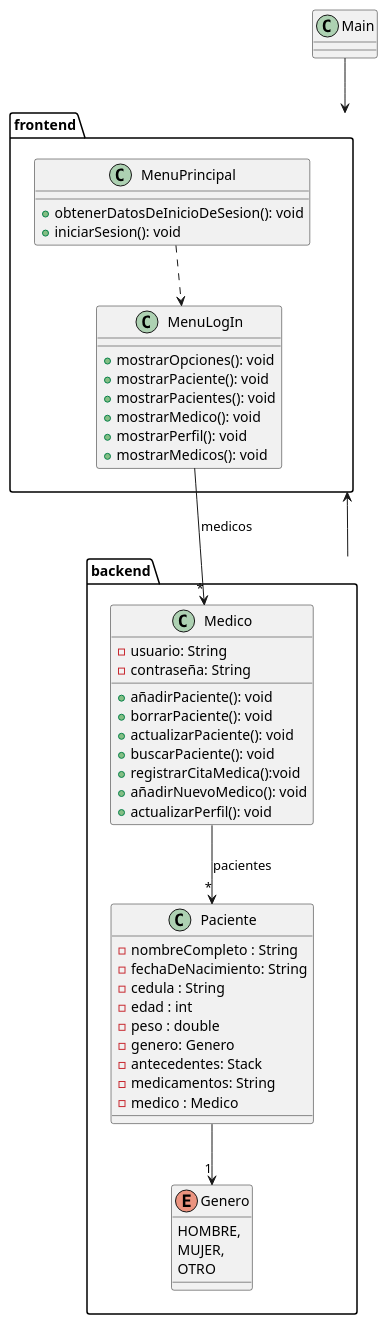
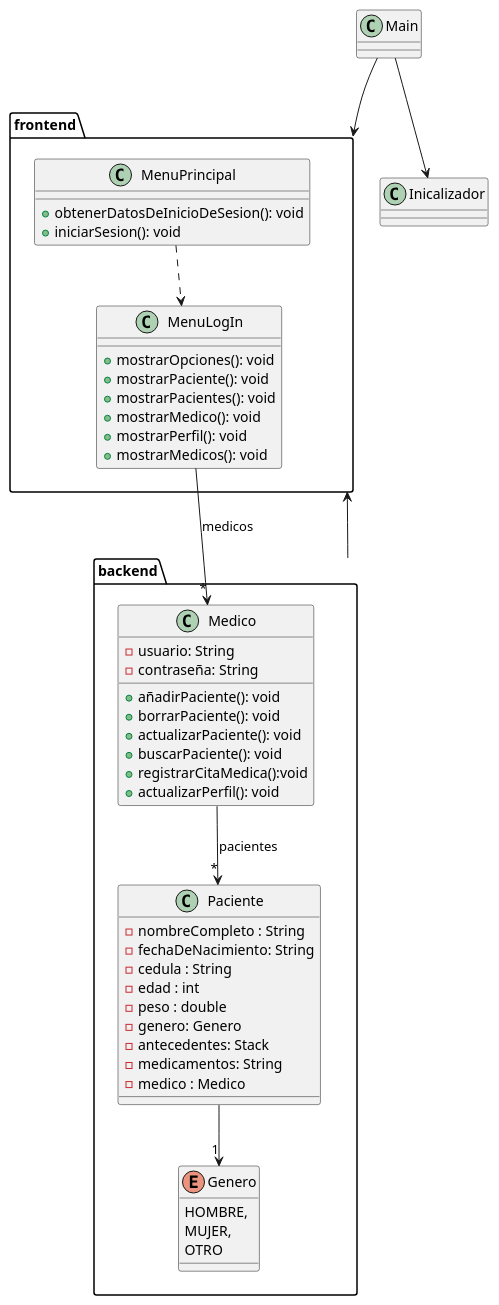
Before and after one commit to KealPetu/consultorioMedicoEDA: the diagram in src/programaConsultorio.puml, drawn with PlantUML. The commit also changed 5 other files, not shown here.

```diff
--- a/src/programaConsultorio.puml
+++ b/src/programaConsultorio.puml
@@ -1,57 +1,56 @@
 @startuml
 'https://plantuml.com/class-diagram'
 
 class Main
 
 package frontend{
     class MenuLogIn{
         + mostrarOpciones(): void
         + mostrarPaciente(): void
         + mostrarPacientes(): void
         + mostrarMedico(): void
         + mostrarPerfil(): void
         + mostrarMedicos(): void
     }
     class MenuPrincipal{
         + obtenerDatosDeInicioDeSesion(): void
         + iniciarSesion(): void
     }
 }
 
 package backend {
     enum Genero{
         HOMBRE,
         MUJER,
         OTRO
     }
     class Paciente{
         - nombreCompleto : String
         - fechaDeNacimiento: String
         - cedula : String
         - edad : int
         - peso : double
         - genero: Genero
         - antecedentes: Stack
         - medicamentos: String
         - medico : Medico
     }
     class Medico{
         - usuario: String
         - contraseña: String
         + añadirPaciente(): void
         + borrarPaciente(): void
         + actualizarPaciente(): void
         + buscarPaciente(): void
         + registrarCitaMedica():void
-        + añadirNuevoMedico(): void
         + actualizarPerfil(): void
     }
 }
-
+Main --> Inicalizador
 Main --> frontend
 backend -r-> frontend
 Medico -->"*" Paciente: pacientes
 Paciente -->"1" Genero
 MenuLogIn --> "*"Medico: medicos
 MenuPrincipal ..> MenuLogIn
 @enduml
```
